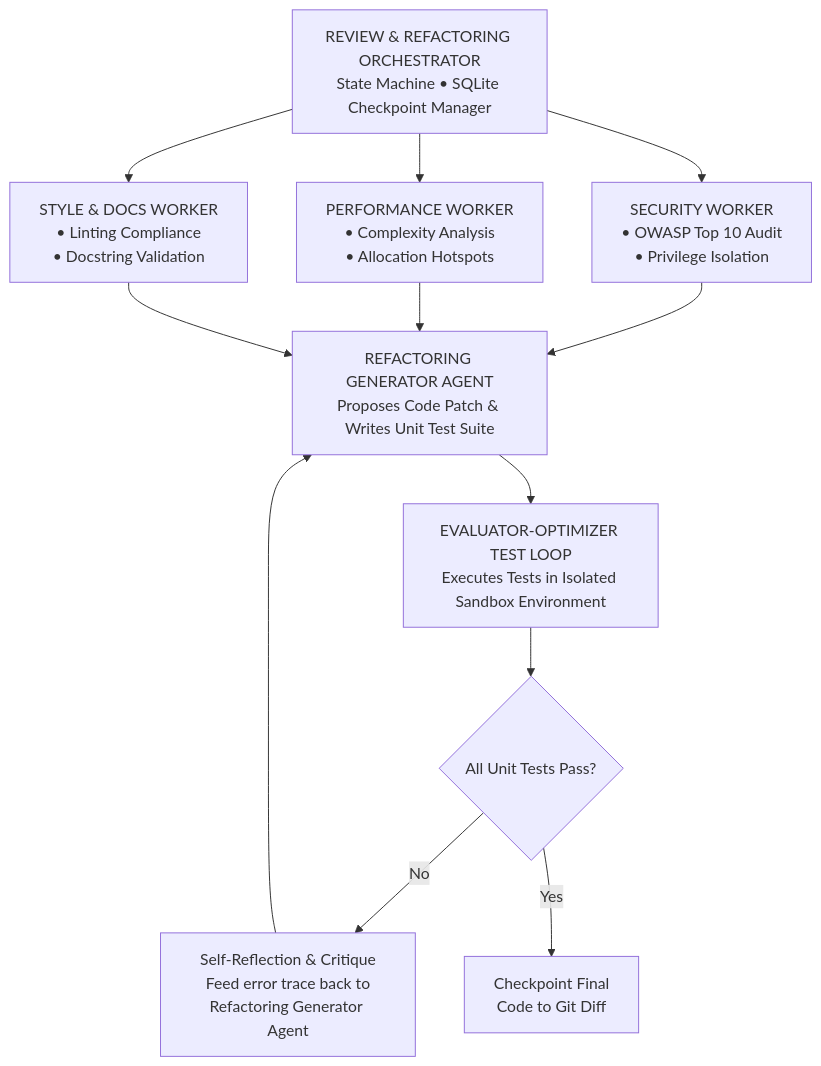
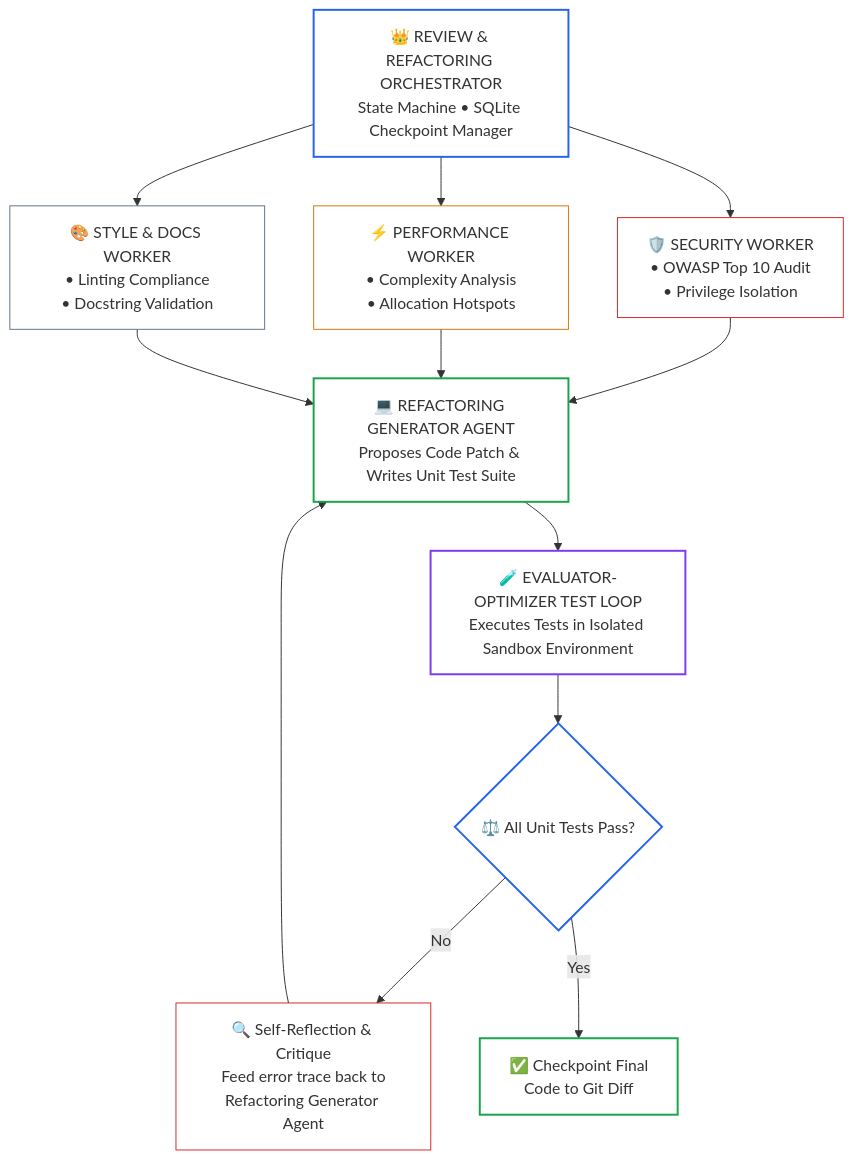
Before and after one commit to dip4k/senior-engineer-to-ai-engineer-roadmap: the diagram in 04-agentic-systems-and-orchestration/labs/capstone-code-review-engine.md, drawn with Mermaid. The commit also changed other lines of this file and 94 other files, not shown here.

Commit message:
refactor(curriculum): complete Phase 04 upgrade and enforce diagram renderer invariants

````diff
--- a/04-agentic-systems-and-orchestration/labs/capstone-code-review-engine.md
+++ b/04-agentic-systems-and-orchestration/labs/capstone-code-review-engine.md
@@ -5,19 +5,29 @@
 ```mermaid
 flowchart TD
-    Orch["REVIEW & REFACTORING ORCHESTRATOR<br>State Machine • SQLite Checkpoint Manager"]
+    Orch["👑 REVIEW & REFACTORING ORCHESTRATOR<br>State Machine • SQLite Checkpoint Manager"]
     
-    Orch --> Sec["SECURITY WORKER<br>• OWASP Top 10 Audit<br>• Privilege Isolation"]
-    Orch --> Perf["PERFORMANCE WORKER<br>• Complexity Analysis<br>• Allocation Hotspots"]
-    Orch --> Style["STYLE & DOCS WORKER<br>• Linting Compliance<br>• Docstring Validation"]
+    Orch --> Sec["🛡️ SECURITY WORKER<br>• OWASP Top 10 Audit<br>• Privilege Isolation"]
+    Orch --> Perf["⚡ PERFORMANCE WORKER<br>• Complexity Analysis<br>• Allocation Hotspots"]
+    Orch --> Style["🎨 STYLE & DOCS WORKER<br>• Linting Compliance<br>• Docstring Validation"]
     
-    Sec --> Refactor["REFACTORING GENERATOR AGENT<br>Proposes Code Patch & Writes Unit Test Suite"]
+    Sec --> Refactor["💻 REFACTORING GENERATOR AGENT<br>Proposes Code Patch & Writes Unit Test Suite"]
     Perf --> Refactor
     Style --> Refactor
     
-    Refactor --> Loop["EVALUATOR-OPTIMIZER TEST LOOP<br>Executes Tests in Isolated Sandbox Environment"]
+    Refactor --> Loop["🧪 EVALUATOR-OPTIMIZER TEST LOOP<br>Executes Tests in Isolated Sandbox Environment"]
     
-    Loop --> PassCheck{"All Unit Tests Pass?"}
-    PassCheck -- "No" --> Reflect["Self-Reflection & Critique<br>Feed error trace back to<br>Refactoring Generator Agent"]
+    Loop --> PassCheck{"⚖️ All Unit Tests Pass?"}
+    PassCheck -- "No" --> Reflect["🔍 Self-Reflection & Critique<br>Feed error trace back to<br>Refactoring Generator Agent"]
     Reflect --> Refactor
-    PassCheck -- "Yes" --> Final["Checkpoint Final<br>Code to Git Diff"]
+    PassCheck -- "Yes" --> Final["✅ Checkpoint Final<br>Code to Git Diff"]
+
+    style Orch stroke:#2563eb,stroke-width:2px,fill:none
+    style Sec stroke:#dc2626,stroke-width:1px,fill:none
+    style Perf stroke:#d97706,stroke-width:1px,fill:none
+    style Style stroke:#64748b,stroke-width:1px,fill:none
+    style Refactor stroke:#16a34a,stroke-width:2px,fill:none
+    style Loop stroke:#7c3aed,stroke-width:2px,fill:none
+    style PassCheck stroke:#2563eb,stroke-width:2px,fill:none
+    style Reflect stroke:#dc2626,stroke-width:1px,fill:none
+    style Final stroke:#16a34a,stroke-width:2px,fill:none
 ```
````
